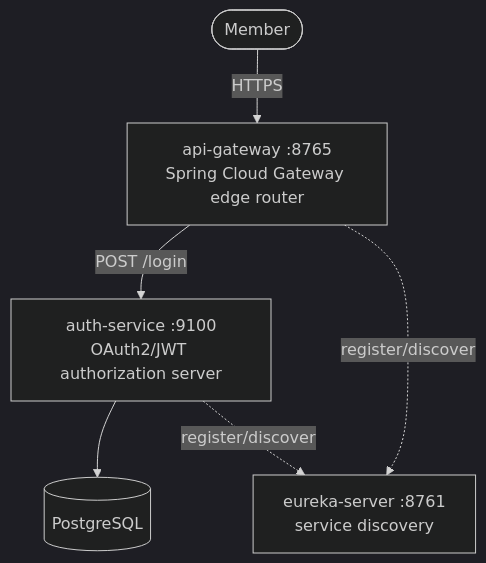
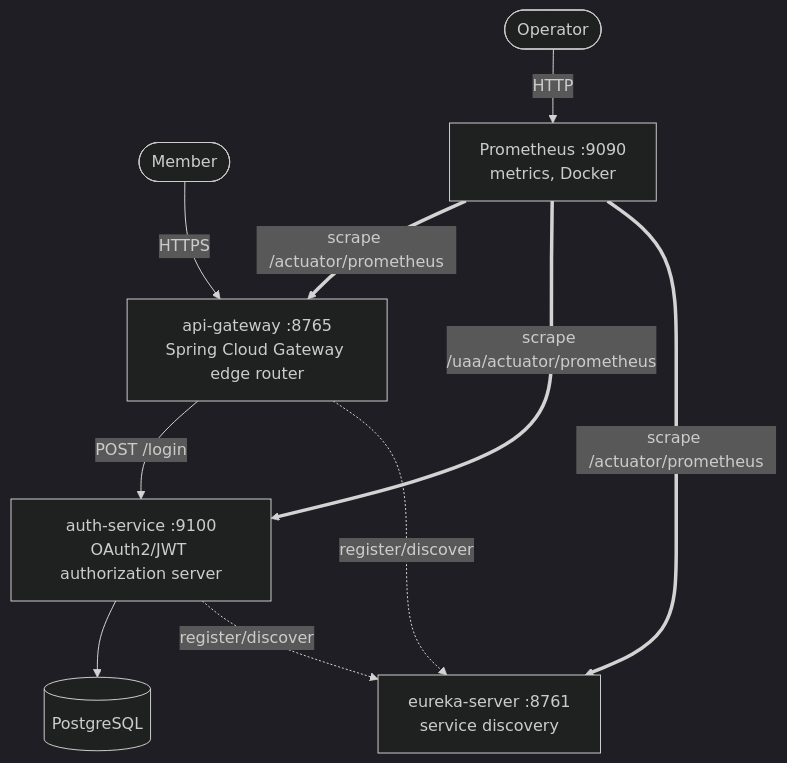
Before and after one commit to TareqAlhashash/microservices: the second of 3 diagrams in README.md, drawn with Mermaid (dark theme). The commit also changed other lines of this file and 7 other files, not shown here.

First line of the commit message:
Permit actuator on Kafka-only services and document Prometheus

````diff
--- a/README.md
+++ b/README.md
@@ -29,14 +33,20 @@
 ```mermaid
 graph TB
     Member([Member])
     GW["api-gateway :8765<br/>Spring Cloud Gateway edge router"]
     Auth["auth-service :9100<br/>OAuth2/JWT authorization server"]
     Eureka["eureka-server :8761<br/>service discovery"]
     DB[(PostgreSQL)]
+    Prom["Prometheus :9090<br/>metrics, Docker"]
+    Operator([Operator])
 
     Member -->|HTTPS| GW
     GW -->|POST /login| Auth
     Auth --> DB
     GW -.->|register/discover| Eureka
     Auth -.->|register/discover| Eureka
+    Operator -->|HTTP| Prom
+    Prom ==>|scrape /actuator/prometheus| GW
+    Prom ==>|scrape /uaa/actuator/prometheus| Auth
+    Prom ==>|scrape /actuator/prometheus| Eureka
 ```
````
